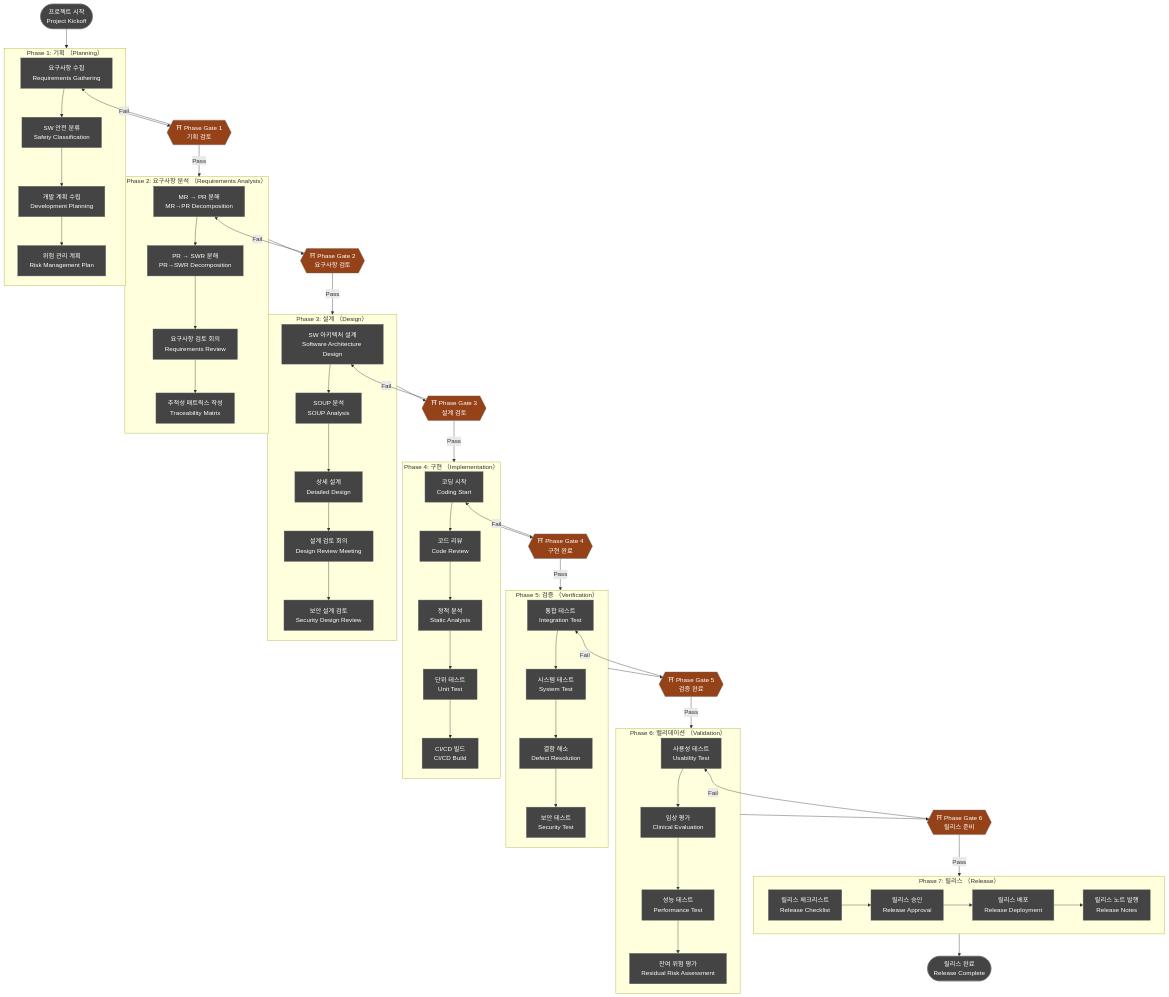
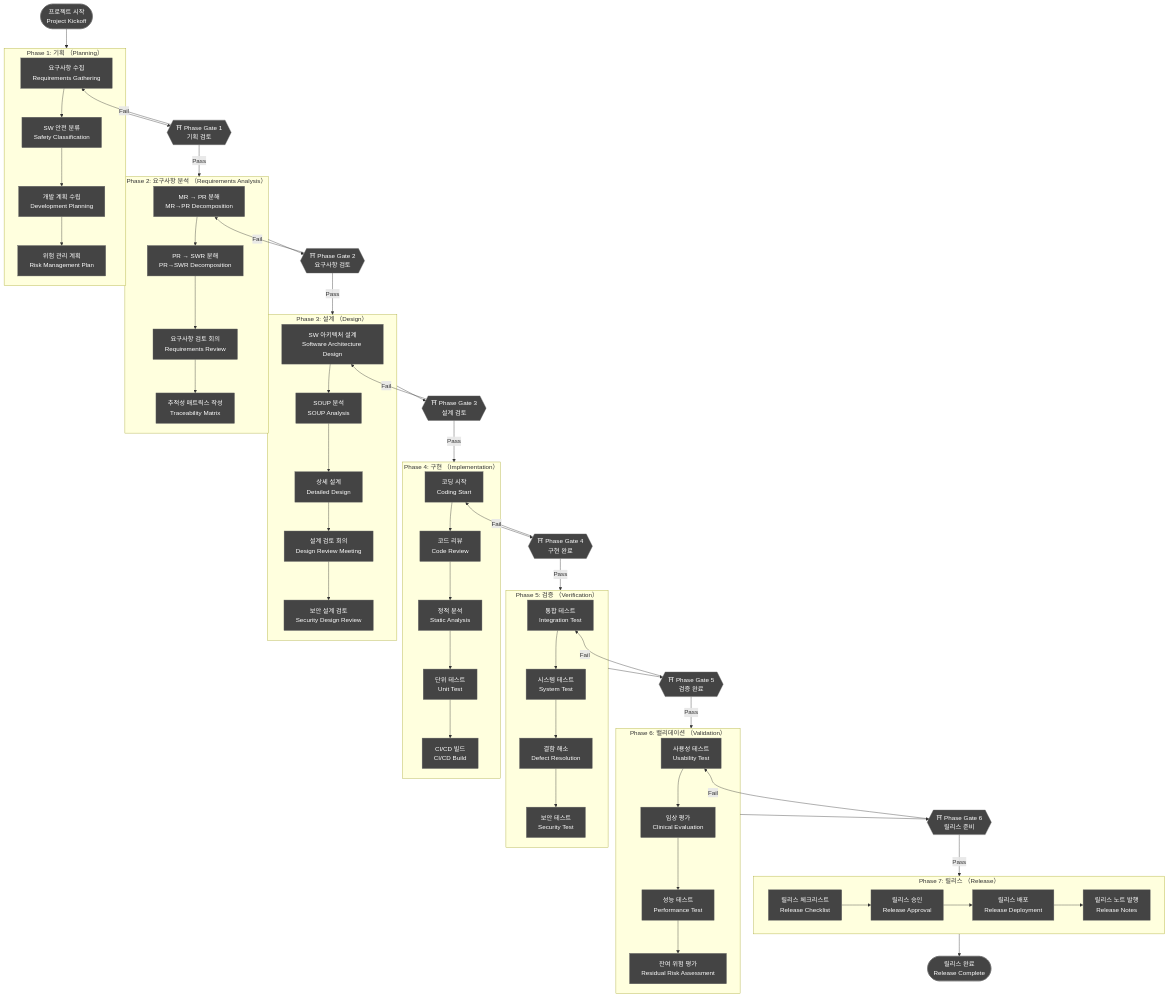
The second of 15 diagrams in docs/management/DOC-003a_SW_Development_Procedure_v1.0.md (holee9/console-gui), drawn with Mermaid before and after one commit. The commit also changed other lines of this file and 35 other files, not shown here.

First line of the commit message:
fix: 전체 Mermaid 차트 색상 진한 회색 통일

````diff
--- a/docs/management/DOC-003a_SW_Development_Procedure_v1.0.md
+++ b/docs/management/DOC-003a_SW_Development_Procedure_v1.0.md
@@ -291,82 +291,82 @@
 ```mermaid
 flowchart TD
     classDef default fill:#444,stroke:#666,color:#fff
     START([프로젝트 시작\nProject Kickoff]) --> PH1
 
     subgraph PH1["Phase 1: 기획 （Planning）"]
         P1A["요구사항 수집\nRequirements Gathering"] --> P1B["SW 안전 분류\nSafety Classification"]
         P1B --> P1C["개발 계획 수립\nDevelopment Planning"]
         P1C --> P1D["위험 관리 계획\nRisk Management Plan"]
     end
 
     PH1 --> GATE1{{"⛩ Phase Gate 1\n기획 검토"}}
     GATE1 -->|Pass| PH2
     GATE1 -->|Fail| P1A
 
     subgraph PH2["Phase 2: 요구사항 분석 （Requirements Analysis）"]
         P2A["MR → PR 분해\nMR→PR Decomposition"] --> P2B["PR → SWR 분해\nPR→SWR Decomposition"]
         P2B --> P2C["요구사항 검토 회의\nRequirements Review"]
         P2C --> P2D["추적성 매트릭스 작성\nTraceability Matrix"]
     end
 
     PH2 --> GATE2{{"⛩ Phase Gate 2\n요구사항 검토"}}
     GATE2 -->|Pass| PH3
     GATE2 -->|Fail| P2A
 
     subgraph PH3["Phase 3: 설계 （Design）"]
         P3A["SW 아키텍처 설계\nSoftware Architecture Design"] --> P3B["SOUP 분석\nSOUP Analysis"]
         P3B --> P3C["상세 설계\nDetailed Design"]
         P3C --> P3D["설계 검토 회의\nDesign Review Meeting"]
         P3D --> P3E["보안 설계 검토\nSecurity Design Review"]
     end
 
     PH3 --> GATE3{{"⛩ Phase Gate 3\n설계 검토"}}
     GATE3 -->|Pass| PH4
     GATE3 -->|Fail| P3A
 
     subgraph PH4["Phase 4: 구현 （Implementation）"]
         P4A["코딩 시작\nCoding Start"] --> P4B["코드 리뷰\nCode Review"]
         P4B --> P4C["정적 분석\nStatic Analysis"]
         P4C --> P4D["단위 테스트\nUnit Test"]
         P4D --> P4E["CI/CD 빌드\nCI/CD Build"]
     end
 
     PH4 --> GATE4{{"⛩ Phase Gate 4\n구현 완료"}}
     GATE4 -->|Pass| PH5
     GATE4 -->|Fail| P4A
 
     subgraph PH5["Phase 5: 검증 （Verification）"]
         P5A["통합 테스트\nIntegration Test"] --> P5B["시스템 테스트\nSystem Test"]
         P5B --> P5C["결함 해소\nDefect Resolution"]
         P5C --> P5D["보안 테스트\nSecurity Test"]
     end
 
     PH5 --> GATE5{{"⛩ Phase Gate 5\n검증 완료"}}
     GATE5 -->|Pass| PH6
     GATE5 -->|Fail| P5A
 
     subgraph PH6["Phase 6: 밸리데이션 （Validation）"]
         P6A["사용성 테스트\nUsability Test"] --> P6B["임상 평가\nClinical Evaluation"]
         P6B --> P6C["성능 테스트\nPerformance Test"]
         P6C --> P6D["잔여 위험 평가\nResidual Risk Assessment"]
     end
 
     PH6 --> GATE6{{"⛩ Phase Gate 6\n릴리스 준비"}}
     GATE6 -->|Pass| PH7
     GATE6 -->|Fail| P6A
 
     subgraph PH7["Phase 7: 릴리스 （Release）"]
         P7A["릴리스 체크리스트\nRelease Checklist"] --> P7B["릴리스 승인\nRelease Approval"]
         P7B --> P7C["릴리스 배포\nRelease Deployment"]
         P7C --> P7D["릴리스 노트 발행\nRelease Notes"]
     end
 
     PH7 --> END([릴리스 완료\nRelease Complete])
 
-    style GATE1 fill:#964219,color:#fff
-    style GATE2 fill:#964219,color:#fff
-    style GATE3 fill:#964219,color:#fff
-    style GATE4 fill:#964219,color:#fff
-    style GATE5 fill:#964219,color:#fff
-    style GATE6 fill:#964219,color:#fff
+    style GATE1 fill:#444,color:#fff
+    style GATE2 fill:#444,color:#fff
+    style GATE3 fill:#444,color:#fff
+    style GATE4 fill:#444,color:#fff
+    style GATE5 fill:#444,color:#fff
+    style GATE6 fill:#444,color:#fff
 ```
````
